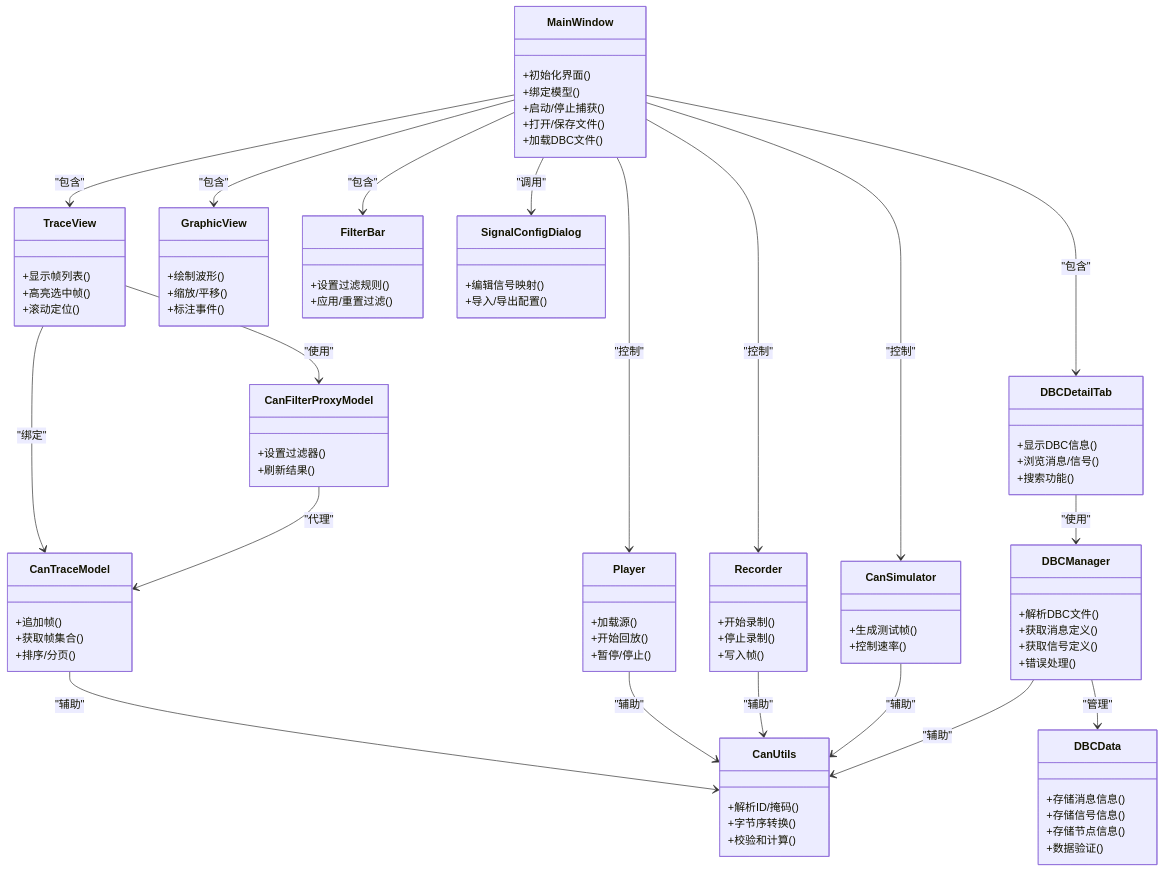
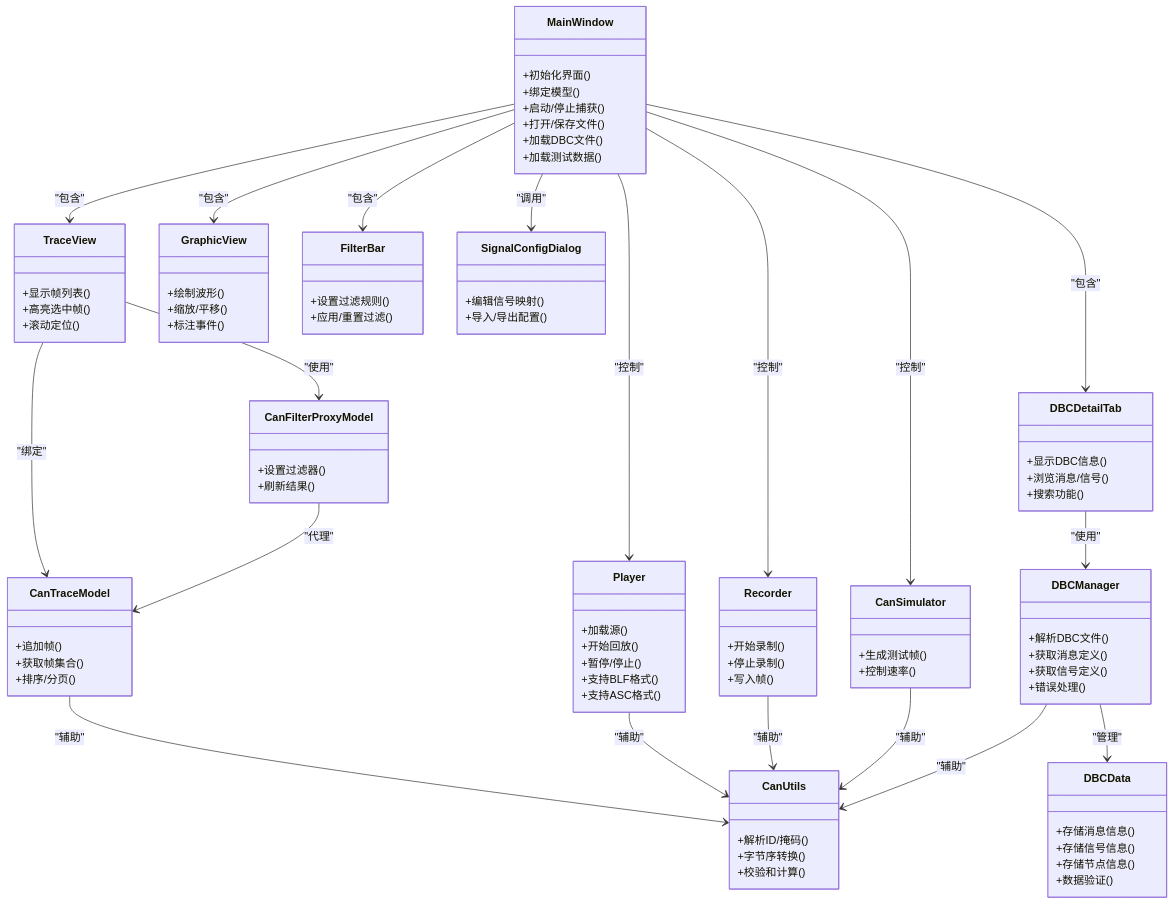
The second of 8 diagrams in .qoder/repowiki/zh/content/项目概述/CAN总线分析工具.md (jakecai1225-design/OpenBus), drawn with Mermaid before and after one commit. The commit also changed other lines of this file and 15 other files, not shown here.

Commit message:
分离试图 拓扑图

```diff
--- a/.qoder/repowiki/zh/content/项目概述/CAN总线分析工具.md
+++ b/.qoder/repowiki/zh/content/项目概述/CAN总线分析工具.md
@@ -154,6 +155,7 @@
 +启动/停止捕获()
 +打开/保存文件()
 +加载DBC文件()
++加载测试数据()
 }
 class TraceView {
 +显示帧列表()
@@ -191,6 +193,8 @@
 +加载源()
 +开始回放()
 +暂停/停止()
++支持BLF格式()
++支持ASC格式()
 }
 class Recorder {
 +开始录制()
```
